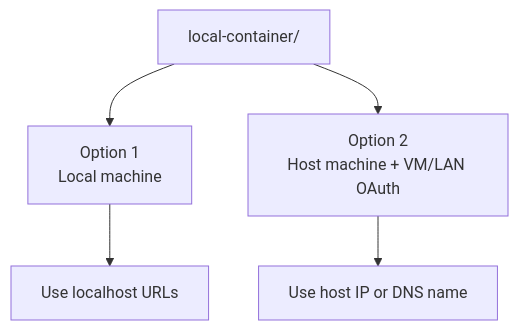
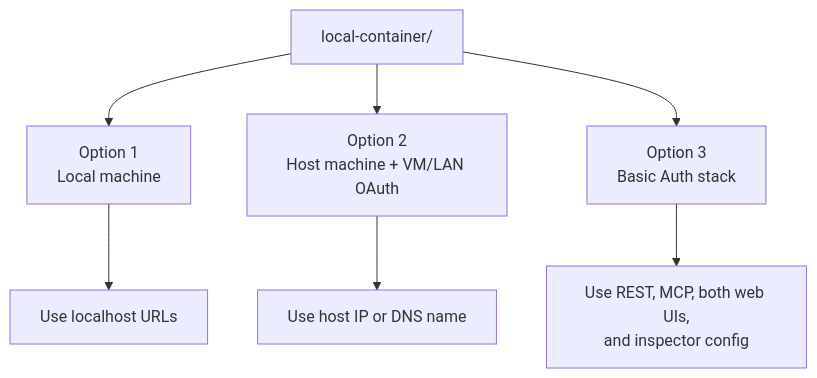
The first of 2 diagrams in local-container/README.md (thomassuedbroecker/galaxium-travels-infrastructure-tsuedbro), drawn with Mermaid before and after one commit. The commit also changed other lines of this file and 22 other files, not shown here.

Commit message:
add basic auth mode

````diff
--- a/local-container/README.md
+++ b/local-container/README.md
@@ -12,7 +13,9 @@
 ```mermaid
 flowchart TD
     A["local-container/"] --> B["Option 1<br/>Local machine"]
     A --> C["Option 2<br/>Host machine + VM/LAN OAuth"]
+    A --> F["Option 3<br/>Basic Auth stack"]
     B --> D["Use localhost URLs"]
     C --> E["Use host IP or DNS name"]
+    F --> G["Use REST, MCP, both web UIs,<br/>and inspector config"]
 ```
````
